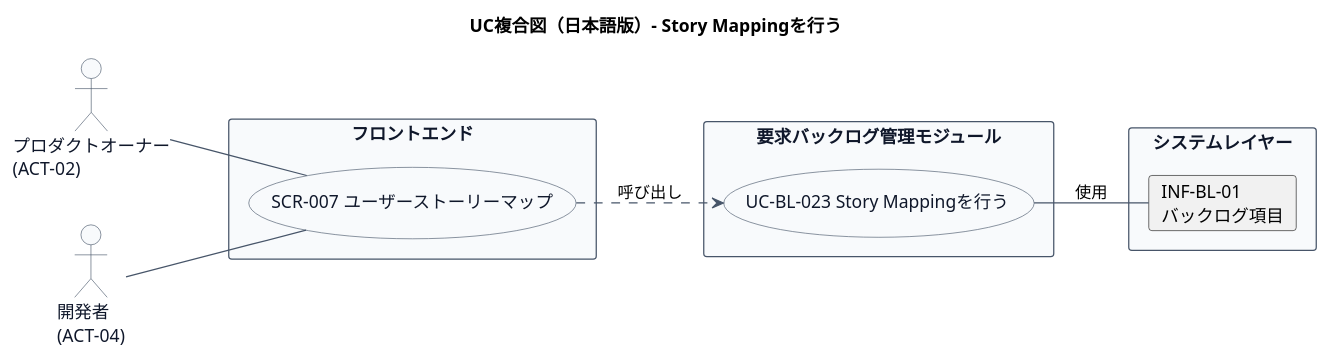
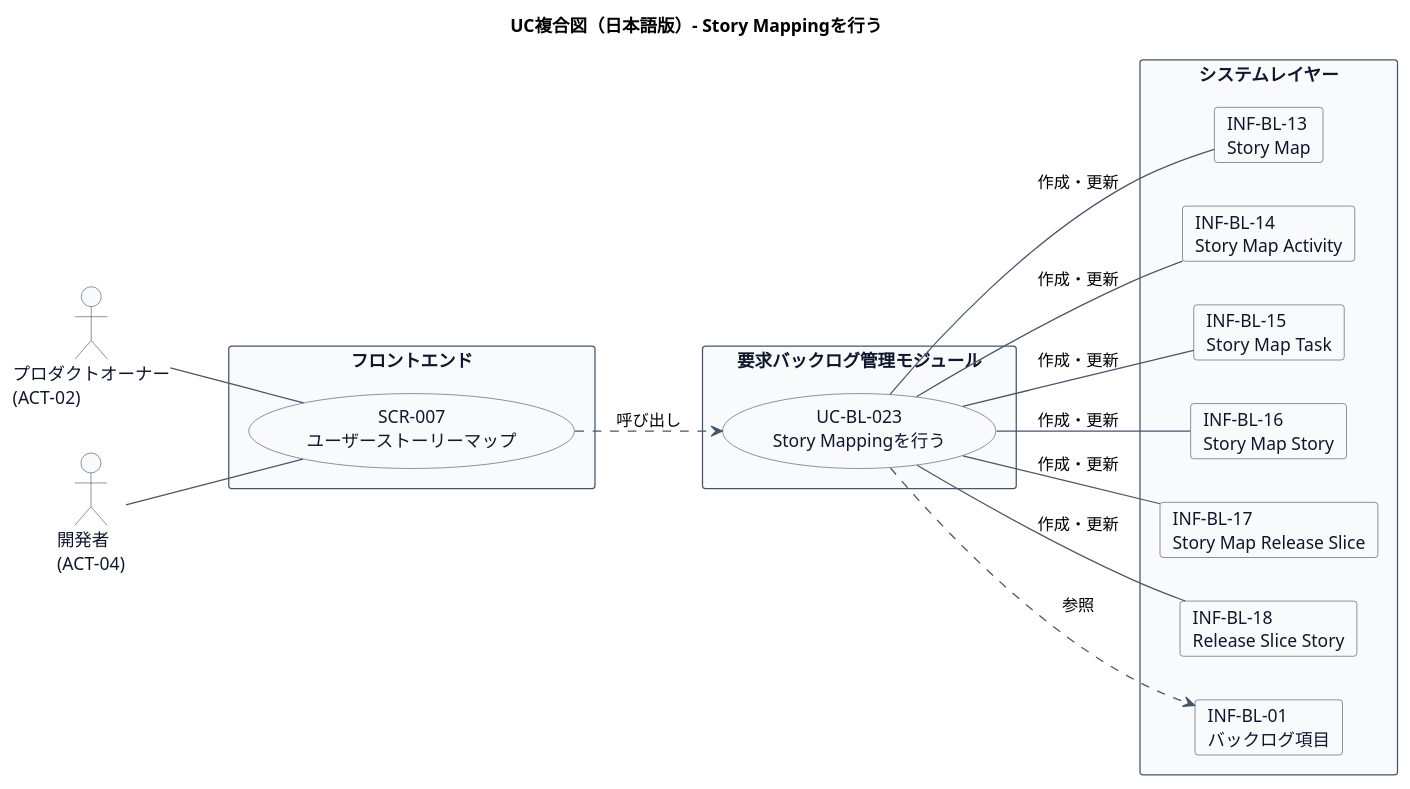
The second of 2 diagrams in docs/22 要件定義書/AG アジルーム/03 機能要件/AG-02 要求バックログ管理/03.システム境界/UC-BL-023 Story Mappingを行う/UC複合図.md (mizo432/modulith-learning), drawn with PlantUML before and after one commit. The commit also changed other lines of this file and 21 other files, not shown here.

First line of the commit message:
docs: Add Story Mapping ER and state machine diagrams for AG-02

````diff
--- a/docs/22 要件定義書/AG アジルーム/03 機能要件/AG-02 要求バックログ管理/03.システム境界/UC-BL-023 Story Mappingを行う/UC複合図.md
+++ b/docs/22 要件定義書/AG アジルーム/03 機能要件/AG-02 要求バックログ管理/03.システム境界/UC-BL-023 Story Mappingを行う/UC複合図.md
@@ -58,43 +75,60 @@
 ```plantuml
 title UC複合図（日本語版）- Story Mappingを行う
 left to right direction
 
 skinparam usecase {
   BackgroundColor #F8FAFC
   BorderColor #475569
   FontColor #0F172A
 }
 skinparam actor {
   BackgroundColor #F8FAFC
   BorderColor #475569
   FontColor #0F172A
 }
 skinparam rectangle {
   BackgroundColor #F8FAFC
   BorderColor #475569
   FontColor #0F172A
 }
+skinparam card {
+  BackgroundColor #F8FAFC
+  BorderColor #475569
+  FontColor #0F172A
+}
 skinparam arrowColor #475569
 skinparam shadowing false
 
 actor "プロダクトオーナー\n(ACT-02)" as ACT1
 actor "開発者\n(ACT-04)" as ACT2
 
 rectangle "フロントエンド" {
-  usecase "SCR-007 ユーザーストーリーマップ" as SCR
+  usecase "SCR-007\nユーザーストーリーマップ" as SCR
 }
 
 rectangle "要求バックログ管理モジュール" {
-  usecase "UC-BL-023 Story Mappingを行う" as UC
+  usecase "UC-BL-023\nStory Mappingを行う" as UC
 }
 
 rectangle "システムレイヤー" {
+  card "INF-BL-13\nStory Map" as INF13
+  card "INF-BL-14\nStory Map Activity" as INF14
+  card "INF-BL-15\nStory Map Task" as INF15
+  card "INF-BL-16\nStory Map Story" as INF16
+  card "INF-BL-17\nStory Map Release Slice" as INF17
+  card "INF-BL-18\nRelease Slice Story" as INF18
   card "INF-BL-01\nバックログ項目" as INF01
 }
 
 ACT1 -- SCR
 ACT2 -- SCR
 SCR ..> UC : 呼び出し
-UC -- INF01 : 使用
+UC -- INF13 : 作成・更新
+UC -- INF14 : 作成・更新
+UC -- INF15 : 作成・更新
+UC -- INF16 : 作成・更新
+UC -- INF17 : 作成・更新
+UC -- INF18 : 作成・更新
+UC ..> INF01 : 参照
 @enduml
 ```
````
